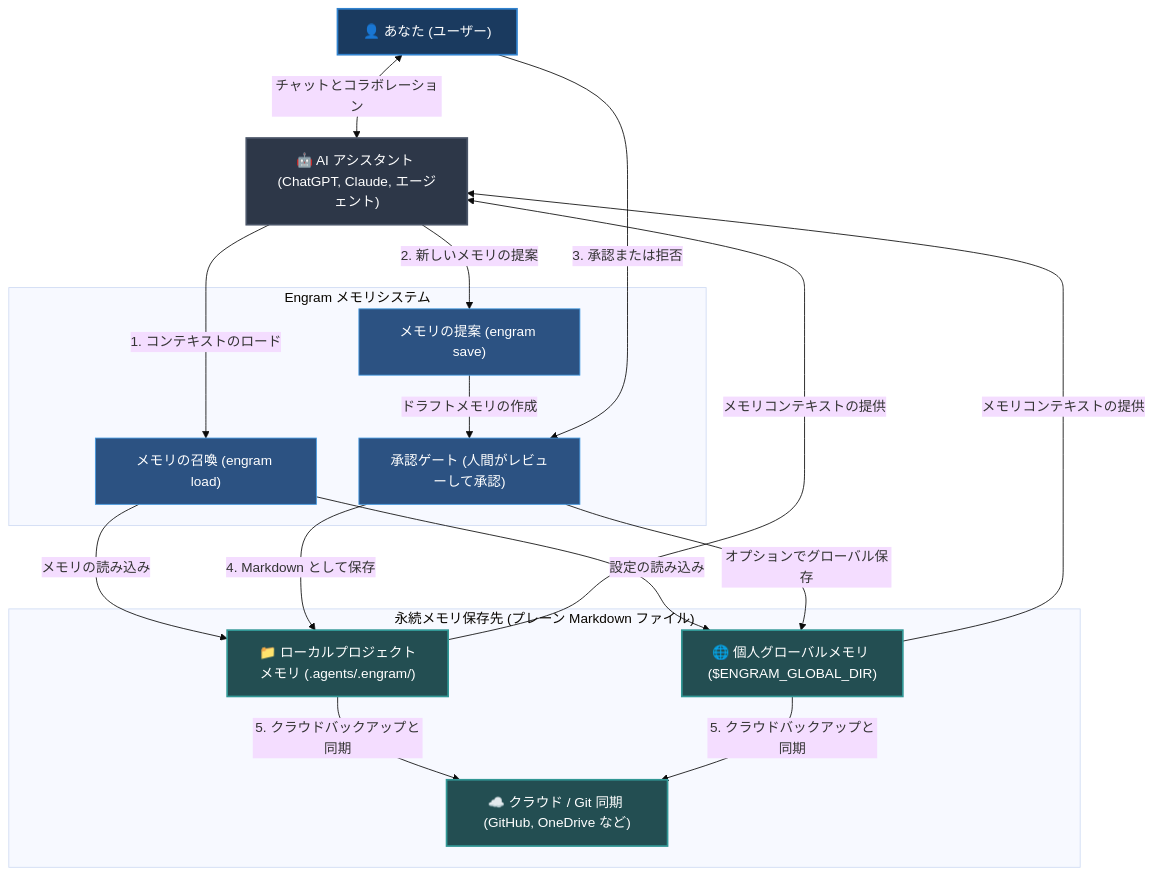
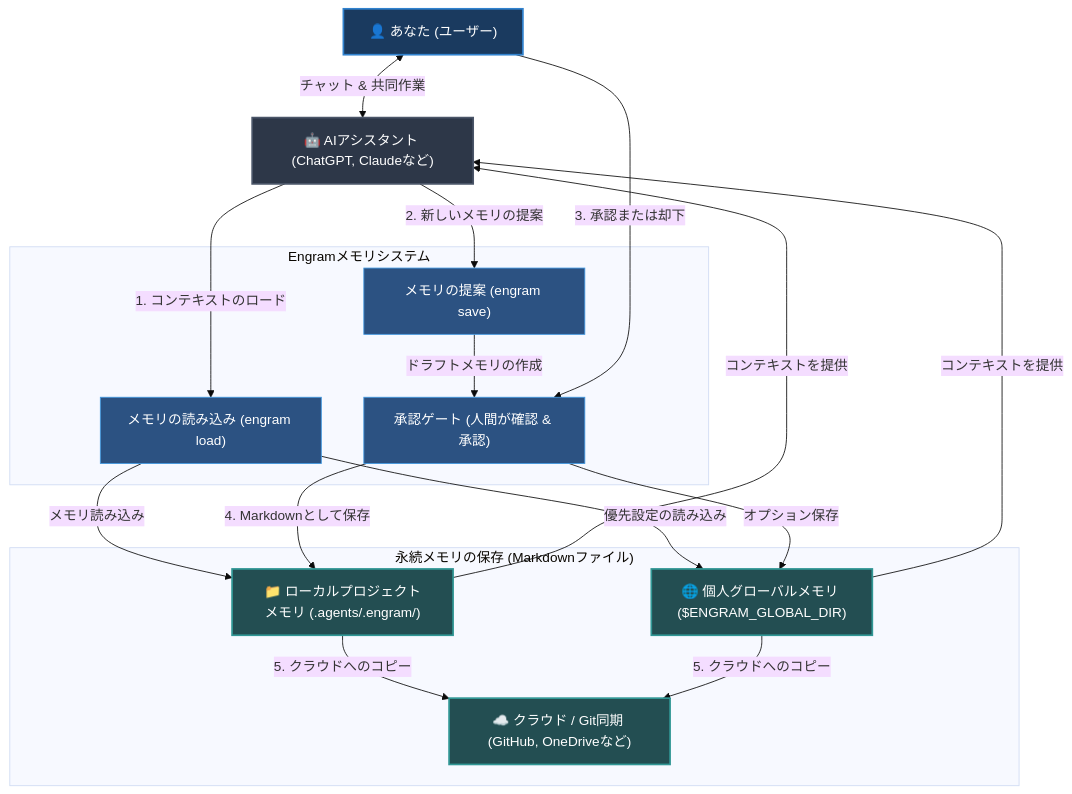
Before and after one commit to the-long-ride/engram: the diagram in documentation/ja/README.md, drawn with Mermaid (base theme). The commit also changed other lines of this file and 15 other files, not shown here.

Commit message:
docs: restructure and simplify README files, update Hermes Agent comparison, and refresh roadmap

````diff
--- a/documentation/ja/README.md
+++ b/documentation/ja/README.md
@@ -35,39 +25,39 @@
 ```mermaid
 graph TD
     %% Styling
     classDef default fill:#111,stroke:#333,stroke-width:1px,color:#fff;
     classDef human fill:#1a3a5f,stroke:#3182ce,stroke-width:2px,color:#fff;
     classDef agent fill:#2d3748,stroke:#4a5568,stroke-width:2px,color:#fff;
     classDef storage fill:#234e52,stroke:#319795,stroke-width:2px,color:#fff;
     classDef action fill:#2c5282,stroke:#4299e1,stroke-width:1px,color:#fff;
 
     User["👤 あなた (ユーザー)"]:::human
-    AI["🤖 AI アシスタント (ChatGPT, Claude, エージェント)"]:::agent
+    AI["🤖 AIアシスタント (ChatGPT, Claudeなど)"]:::agent
 
-    subgraph Engram ["Engram メモリシステム"]
-        Load["メモリの召喚 (engram load)"]:::action
+    subgraph Engram ["Engramメモリシステム"]
+        Load["メモリの読み込み (engram load)"]:::action
         Propose["メモリの提案 (engram save)"]:::action
-        Review["承認ゲート (人間がレビューして承認)"]:::action
+        Review["承認ゲート (人間が確認 & 承認)"]:::action
     end
 
-    subgraph Storage ["永続メモリ保存先 (プレーン Markdown ファイル)"]
+    subgraph Storage ["永続メモリの保存 (Markdownファイル)"]
         LocalStore["📁 ローカルプロジェクトメモリ (.agents/.engram/)"]:::storage
         GlobalStore["🌐 個人グローバルメモリ ($ENGRAM_GLOBAL_DIR)"]:::storage
-        SyncStore["☁️ クラウド / Git 同期 (GitHub, OneDrive など)"]:::storage
+        SyncStore["☁️ クラウド / Git同期 (GitHub, OneDriveなど)"]:::storage
     end
 
     %% Interactions
-    User <-->|チャットとコラボレーション| AI
+    User <-->|チャット & 共同作業| AI
     AI -->|1. コンテキストのロード| Load
-    Load -->|メモリの読み込み| LocalStore
-    Load -->|設定の読み込み| GlobalStore
-    LocalStore & GlobalStore -->|メモリコンテキストの提供| AI
+    Load -->|メモリ読み込み| LocalStore
+    Load -->|優先設定の読み込み| GlobalStore
+    LocalStore & GlobalStore -->|コンテキストを提供| AI
 
     AI -->|2. 新しいメモリの提案| Propose
     Propose -->|ドラフトメモリの作成| Review
-    User -->|3. 承認または拒否| Review
-    Review -->|4. Markdown として保存| LocalStore
-    Review -->|オプションでグローバル保存| GlobalStore
-    LocalStore -->|5. クラウドバックアップと同期| SyncStore
-    GlobalStore -->|5. クラウドバックアップと同期| SyncStore
+    User -->|3. 承認または却下| Review
+    Review -->|4. Markdownとして保存| LocalStore
+    Review -->|オプション保存| GlobalStore
+    LocalStore -->|5. クラウドへのコピー| SyncStore
+    GlobalStore -->|5. クラウドへのコピー| SyncStore
 ```
````
